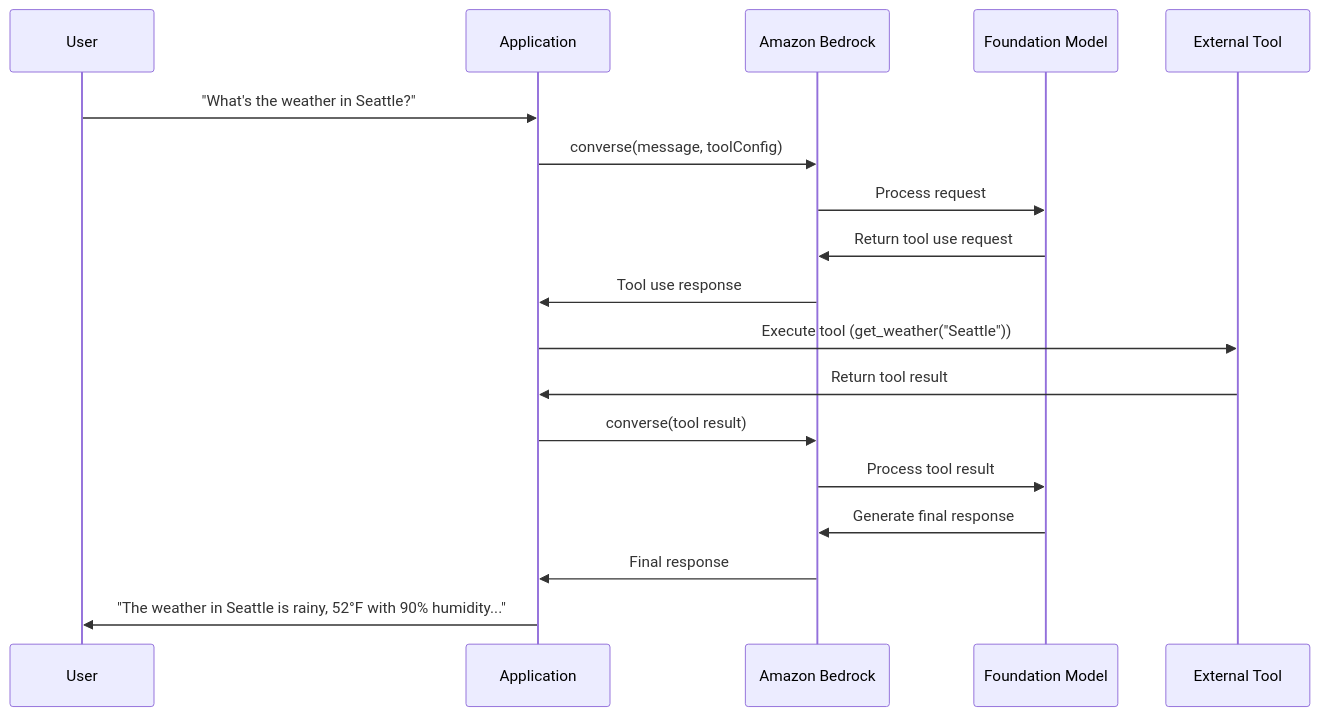
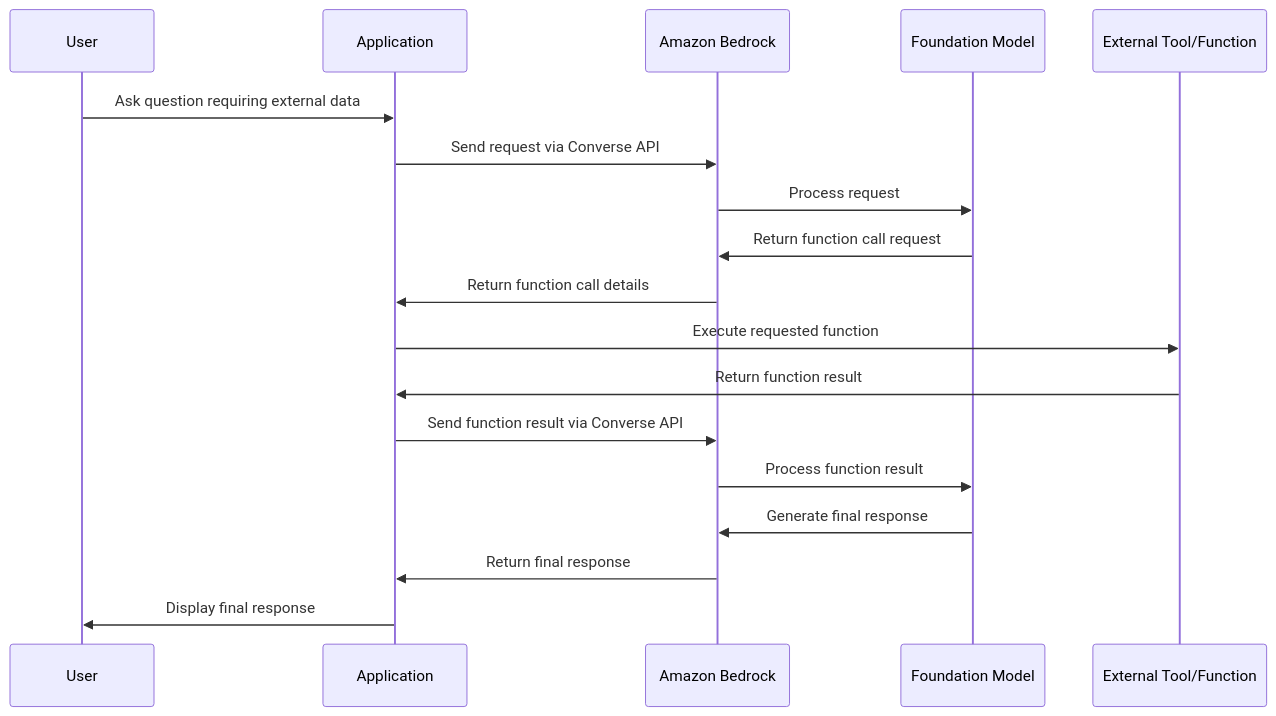
Before and after one commit to ManojRamani/aws-samples-amazon-bedrock-workshop: the second of 2 diagrams in my-analysis/SUMMARY-01_Text_generation.md, drawn with Mermaid. The commit also changed other lines of this file and 27 other files, not shown here.

````diff
--- a/my-analysis/SUMMARY-01_Text_generation.md
+++ b/my-analysis/SUMMARY-01_Text_generation.md
@@ -304,21 +274,21 @@
 ```mermaid
-sequenceDiagram
-    participant User
-    participant App as Application
-    participant Bedrock as Amazon Bedrock
-    participant FM as Foundation Model
-    participant Tool as External Tool
-    
-    User->>App: "What's the weather in Seattle?"
-    App->>Bedrock: converse(message, toolConfig)
-    Bedrock->>FM: Process request
-    FM->>Bedrock: Return tool use request
-    Bedrock->>App: Tool use response
-    App->>Tool: Execute tool (get_weather("Seattle"))
-    Tool->>App: Return tool result
-    App->>Bedrock: converse(tool result)
-    Bedrock->>FM: Process tool result
-    FM->>Bedrock: Generate final response
-    Bedrock->>App: Final response
-    App->>User: "The weather in Seattle is rainy, 52°F with 90% humidity..."
+    sequenceDiagram
+        participant User
+        participant App as Application
+        participant Bedrock as Amazon Bedrock
+        participant FM as Foundation Model
+        participant Tool as External Tool/Function
+        
+        User->>App: Ask question requiring external data
+        App->>Bedrock: Send request via Converse API
+        Bedrock->>FM: Process request
+        FM->>Bedrock: Return function call request
+        Bedrock->>App: Return function call details
+        App->>Tool: Execute requested function
+        Tool->>App: Return function result
+        App->>Bedrock: Send function result via Converse API
+        Bedrock->>FM: Process function result
+        FM->>Bedrock: Generate final response
+        Bedrock->>App: Return final response
+        App->>User: Display final response
 ```
````
